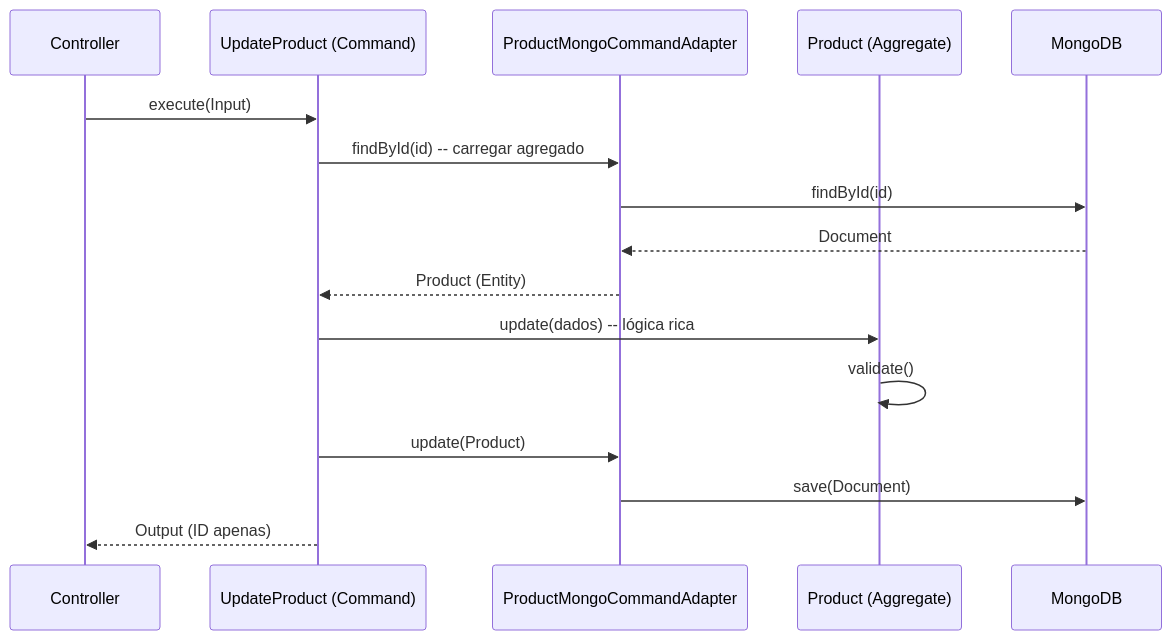
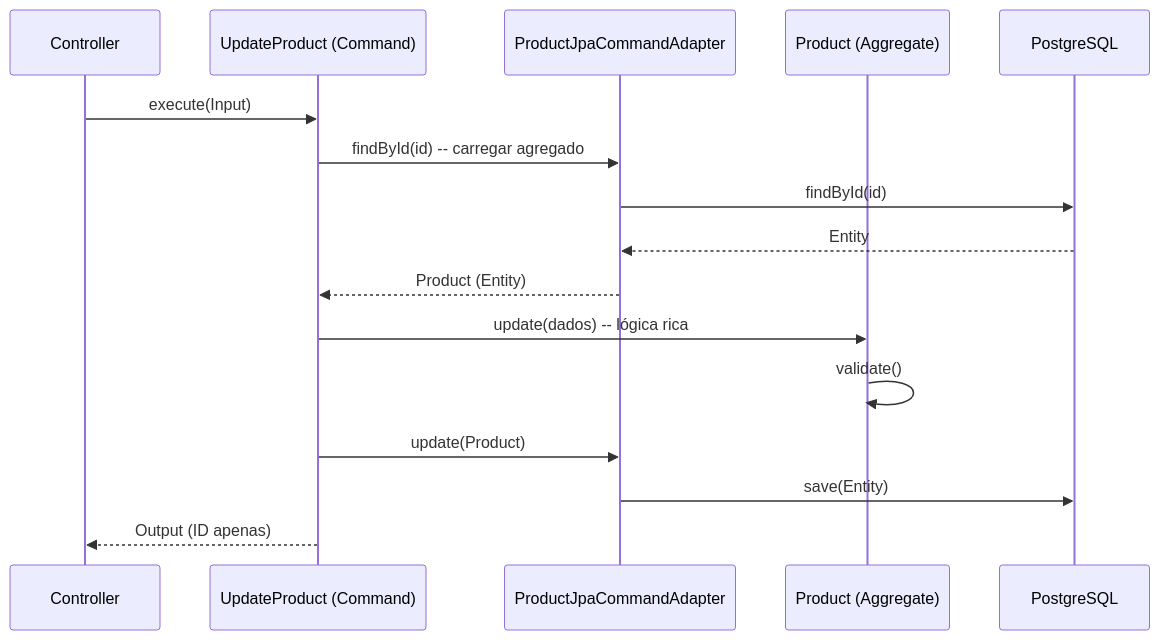
One commit to wallanpsantos/ms-product-catalog changed the second of 2 diagrams in docs/referencias/PATTERNS_CQS_CQRS.md. Above: the diagram before and after it, drawn with Mermaid. The commit also changed other lines of this file and 7 other files, not shown here.

First line of the commit message:
docs: atualiza documentação para refletir migração de MongoDB para PostgreSQL

````diff
--- a/docs/referencias/PATTERNS_CQS_CQRS.md
+++ b/docs/referencias/PATTERNS_CQS_CQRS.md
@@ -86,19 +86,19 @@
 ```mermaid
 sequenceDiagram
     participant API as Controller
     participant UC as UpdateProduct (Command)
-    participant GW_C as ProductMongoCommandAdapter
+    participant GW_C as ProductJpaCommandAdapter
     participant Dom as Product (Aggregate)
-    participant DB as MongoDB
+    participant DB as PostgreSQL
 
     API->>UC: execute(Input)
     UC->>GW_C: findById(id) -- carregar agregado
     GW_C->>DB: findById(id)
-    DB-->>GW_C: Document
+    DB-->>GW_C: Entity
     GW_C-->>UC: Product (Entity)
     UC->>Dom: update(dados) -- lógica rica
     Dom->>Dom: validate()
     UC->>GW_C: update(Product)
-    GW_C->>DB: save(Document)
+    GW_C->>DB: save(Entity)
     UC-->>API: Output (ID apenas)
 ```
````
